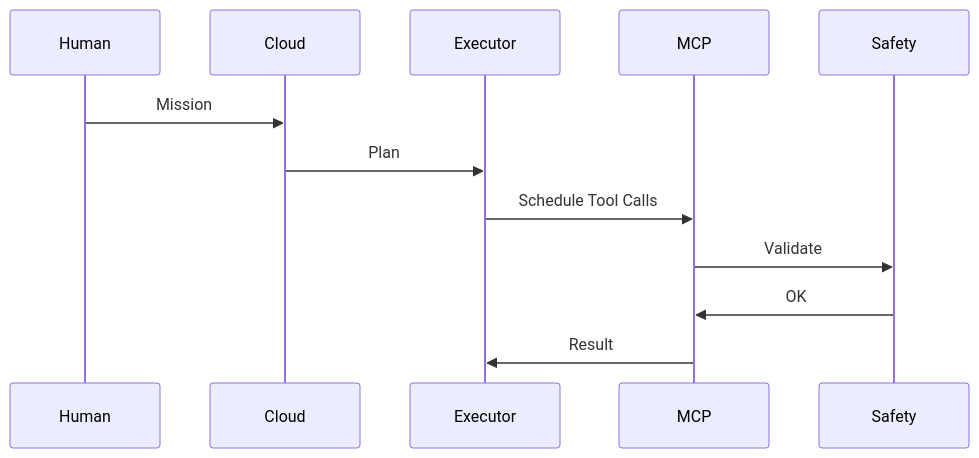
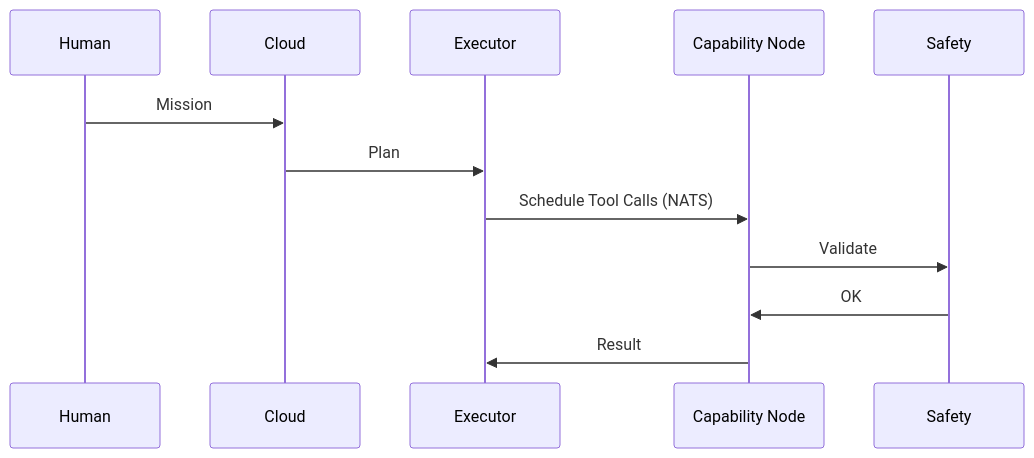
One commit to emergingrobotics/gorai-docs changed the fourth of 5 diagrams in docs/overview/ai-driven-robot-safety-governance-arch.md. Above: the diagram before and after it, drawn with Mermaid. The commit also changed other lines of this file and 18 other files, not shown here.

````diff
--- a/docs/overview/ai-driven-robot-safety-governance-arch.md
+++ b/docs/overview/ai-driven-robot-safety-governance-arch.md
@@ -207,15 +209,15 @@
 ```mermaid
 sequenceDiagram
     participant Human
     participant Cloud
     participant Executor
-    participant MCP
+    participant Node as Capability Node
     participant Safety
 
     Human->>Cloud: Mission
     Cloud->>Executor: Plan
-    Executor->>MCP: Schedule Tool Calls
-    MCP->>Safety: Validate
-    Safety->>MCP: OK
-    MCP->>Executor: Result
+    Executor->>Node: Schedule Tool Calls (NATS)
+    Node->>Safety: Validate
+    Safety->>Node: OK
+    Node->>Executor: Result
 ```
````
